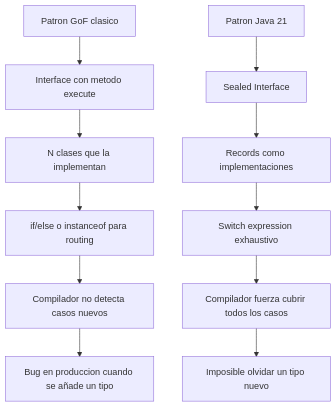
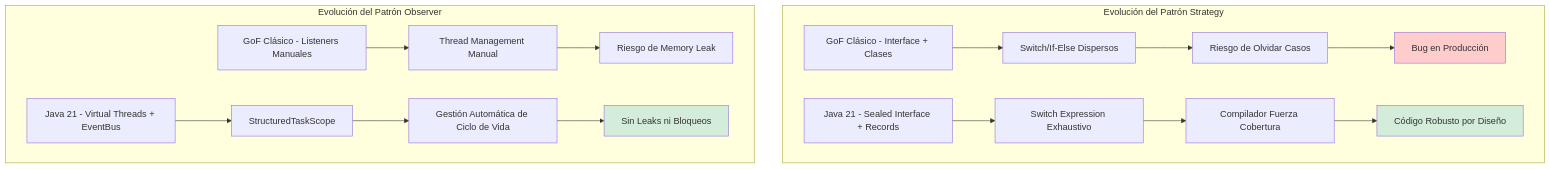
One commit to Joaquinriosheredia/DAM-Java-Mastery changed the first of 4 diagrams in 01_Java_Core/patrones_strategy_y_observer_en_java_21:_implementación_con_sealed_interfaces,_pattern_matching_sobre_records_y_desacoplamiento_funcional_sin_efectos_secundarios_STAFF.md. Above: the diagram before and after it, drawn with Mermaid. The commit also changed other lines of this file, not shown here.

Commit message:
patrones_strategy_y_observer_en_java_21:_implementación_con_sealed_interfaces,_pattern_matching_sobre_records_y_desacoplamiento_funcional_sin_efectos_secundarios_STAFF.md

````diff
--- a/01_Java_Core/patrones_strategy_y_observer_en_java_21:_implementación_con_sealed_interfaces,_pattern_matching_sobre_records_y_desacoplamiento_funcional_sin_efectos_secundarios_STAFF.md
+++ b/01_Java_Core/patrones_strategy_y_observer_en_java_21:_implementación_con_sealed_interfaces,_pattern_matching_sobre_records_y_desacoplamiento_funcional_sin_efectos_secundarios_STAFF.md
@@ -27,14 +38,25 @@
 ```mermaid
 graph TD
-    A[Patron GoF clasico] --> B[Interface con metodo execute]
-    B --> C[N clases que la implementan]
-    C --> D[if/else o instanceof para routing]
-    D --> E[Compilador no detecta casos nuevos]
-    E --> F[Bug en produccion cuando se añade un tipo]
-
-    G[Patron Java 21] --> H[Sealed Interface]
-    H --> I[Records como implementaciones]
-    I --> J[Switch expression exhaustivo]
-    J --> K[Compilador fuerza cubrir todos los casos]
-    K --> L[Imposible olvidar un tipo nuevo]
+    subgraph "Evolución del Patrón Strategy"
+        OLD[GoF Clásico - Interface + Clases] --> SWITCH[Switch/If-Else Dispersos]
+        SWITCH --> RISK[Riesgo de Olvidar Casos]
+        RISK --> BUG[Bug en Producción]
+        
+        NEW[Java 21 - Sealed Interface + Records] --> PATTERN[Switch Expression Exhaustivo]
+        PATTERN --> SAFE[Compilador Fuerza Cobertura]
+        SAFE --> RELIABLE[Código Robusto por Diseño]
+    end
+    
+    subgraph "Evolución del Patrón Observer"
+        OLD_OBS[GoF Clásico - Listeners Manuales] --> THREAD[Thread Management Manual]
+        THREAD --> LEAK[Riesgo de Memory Leak]
+        
+        NEW_OBS[Java 21 - Virtual Threads + EventBus] --> STRUCTURED[StructuredTaskScope]
+        STRUCTURED --> AUTO[Gestión Automática de Ciclo de Vida]
+        AUTO --> SAFE_OBS[Sin Leaks ni Bloqueos]
+    end
+    
+    style BUG fill:#ffcccc
+    style RELIABLE fill:#d4edda
+    style SAFE_OBS fill:#d4edda
 ```
````
